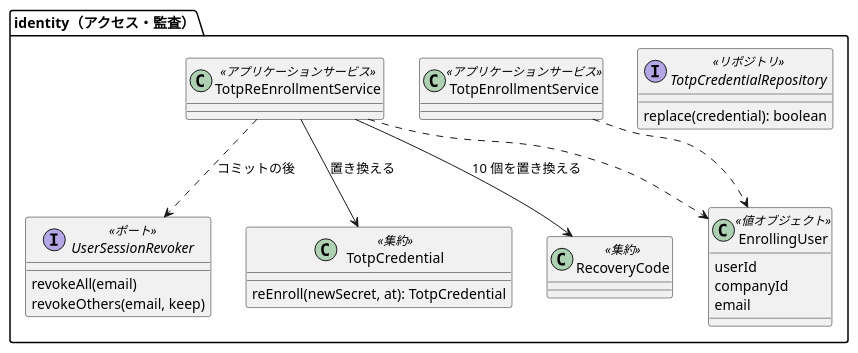
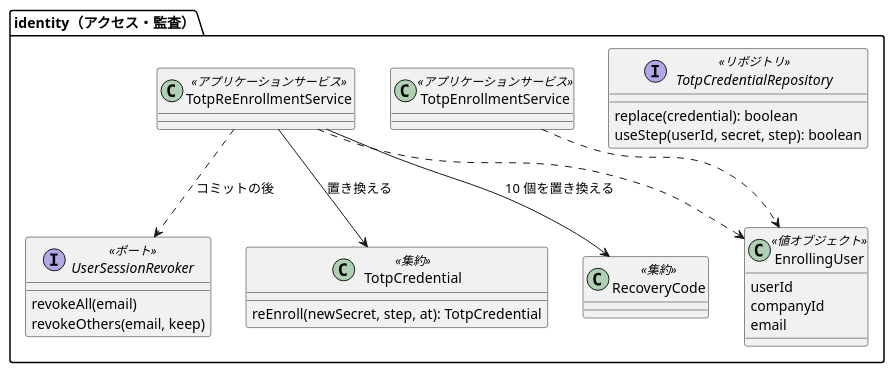
One commit to k2works/practical-domain-driven-design-in-enterpris-application changed the first of 3 diagrams in docs/development/cargo-tracker/bolt_33b_plan.md. Above: the diagram before and after it, drawn with PlantUML. The commit also changed other lines of this file and 4 other files, not shown here.

````diff
--- a/docs/development/cargo-tracker/bolt_33b_plan.md
+++ b/docs/development/cargo-tracker/bolt_33b_plan.md
@@ -68,29 +71,30 @@
 ```plantuml
 @startuml
 package "identity（アクセス・監査）" {
   class TotpCredential <<集約>> {
-    reEnroll(newSecret, at): TotpCredential
+    reEnroll(newSecret, step, at): TotpCredential
   }
   class RecoveryCode <<集約>>
   class EnrollingUser <<値オブジェクト>> {
     userId
     companyId
     email
   }
   interface TotpCredentialRepository <<リポジトリ>> {
     replace(credential): boolean
+    useStep(userId, secret, step): boolean
   }
   interface UserSessionRevoker <<ポート>> {
     revokeAll(email)
     revokeOthers(email, keep)
   }
   class TotpEnrollmentService <<アプリケーションサービス>>
   class TotpReEnrollmentService <<アプリケーションサービス>>
   TotpEnrollmentService ..> EnrollingUser
   TotpReEnrollmentService ..> EnrollingUser
   TotpReEnrollmentService --> TotpCredential : 置き換える
   TotpReEnrollmentService --> RecoveryCode : 10 個を置き換える
   TotpReEnrollmentService ..> UserSessionRevoker : コミットの後
 }
 @enduml
 ```
````
